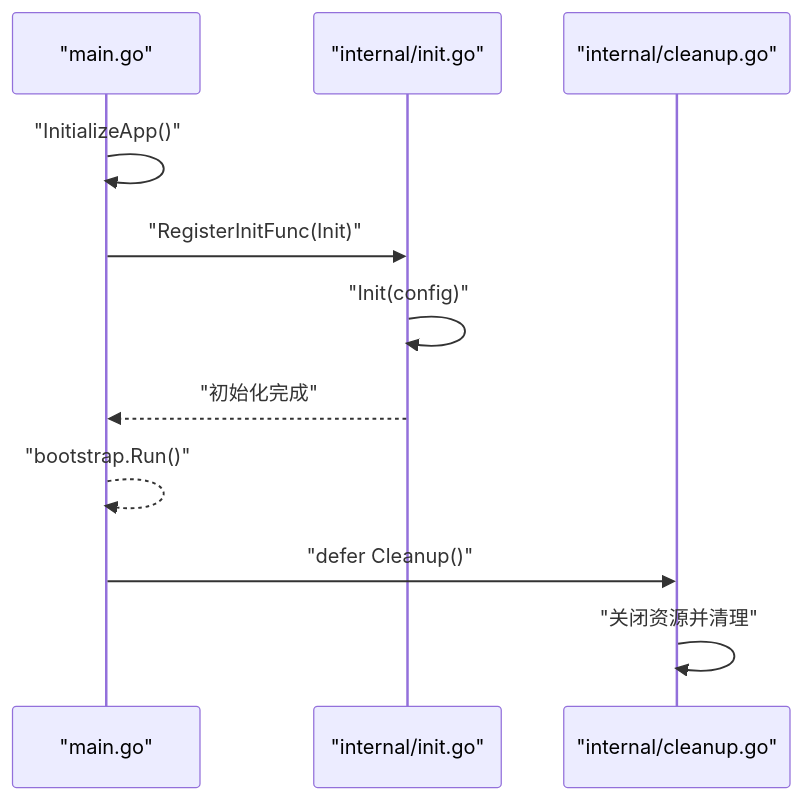
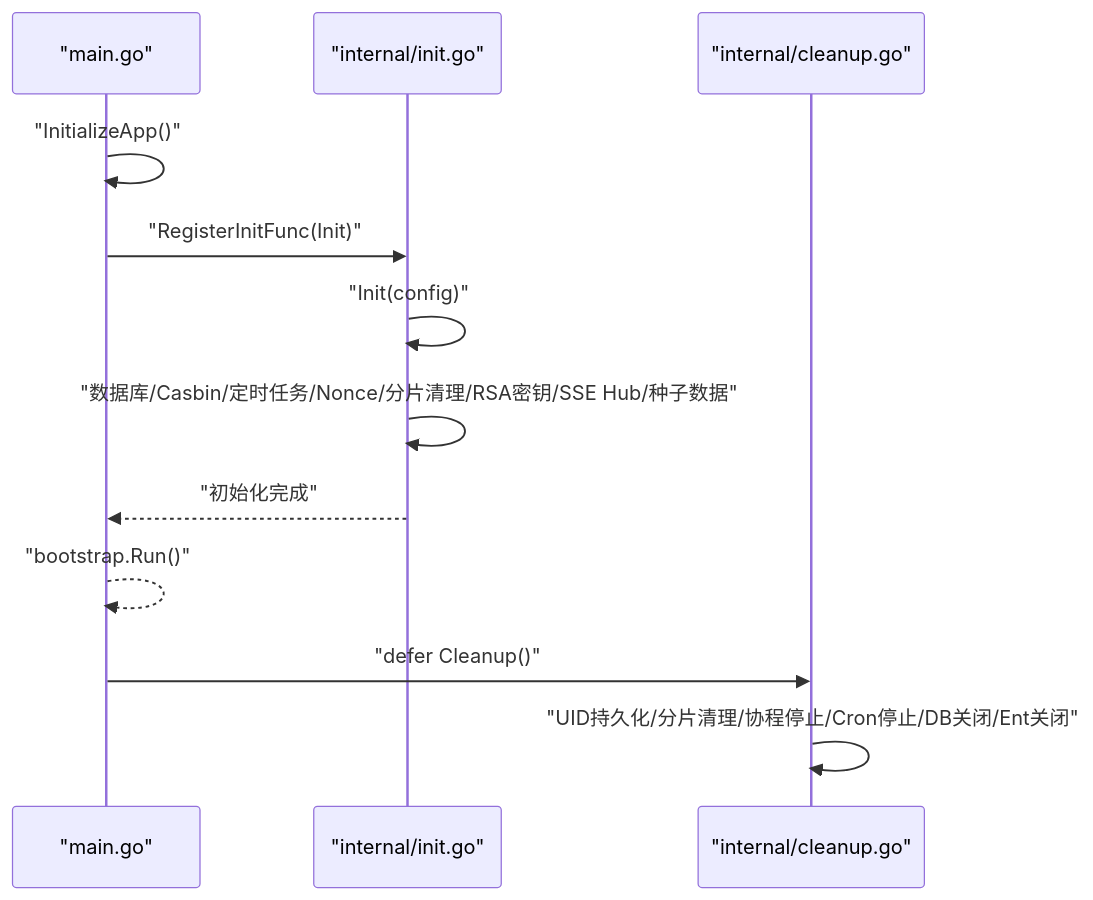
Before and after one commit to wuwuseo/e-sports-go-admin: the fifth of 6 diagrams in .qoder/repowiki/zh/content/架构设计/依赖注入架构.md, drawn with Mermaid. The commit also changed other lines of this file and 42 other files, not shown here.

````diff
--- a/.qoder/repowiki/zh/content/架构设计/依赖注入架构.md
+++ b/.qoder/repowiki/zh/content/架构设计/依赖注入架构.md
@@ -186,13 +192,14 @@
 ```mermaid
 sequenceDiagram
 participant Main as "main.go"
 participant Init as "internal/init.go"
 participant Clean as "internal/cleanup.go"
 Main->>Main : "InitializeApp()"
 Main->>Init : "RegisterInitFunc(Init)"
 Init->>Init : "Init(config)"
+Init->>Init : "数据库/Casbin/定时任务/Nonce/分片清理/RSA密钥/SSE Hub/种子数据"
 Init-->>Main : "初始化完成"
 Main-->>Main : "bootstrap.Run()"
 Main->>Clean : "defer Cleanup()"
-Clean->>Clean : "关闭资源并清理"
+Clean->>Clean : "UID持久化/分片清理/协程停止/Cron停止/DB关闭/Ent关闭"
 ```
````
